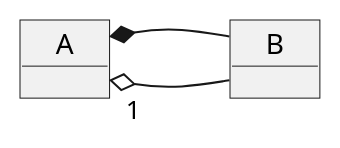
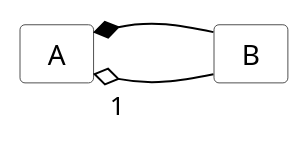
One commit to kyriosdata/oo changed the diagram in imagens/modelos-08/mod08ima01/mod08ima01.plantuml. Above: the diagram before and after it, drawn with PlantUML. The commit also changed 2 other files, not shown here.

```diff
--- a/imagens/modelos-08/mod08ima01/mod08ima01.plantuml
+++ b/imagens/modelos-08/mod08ima01/mod08ima01.plantuml
@@ -1,7 +1,16 @@
 @startuml mod07ima06
-object "   A   " as aa
-object "   B   " as bb
+hide circle
+hide methods
+hide empty members
+
+skinparam class {
+    BackgroundColor White
+    ArrowColor Black
+    BorderColor #505050
+}
+class "   A   " as aa
+class "   B   " as bb
 left to right direction
 aa "1" o-- bb
 aa *-- bb
 @enduml
```
